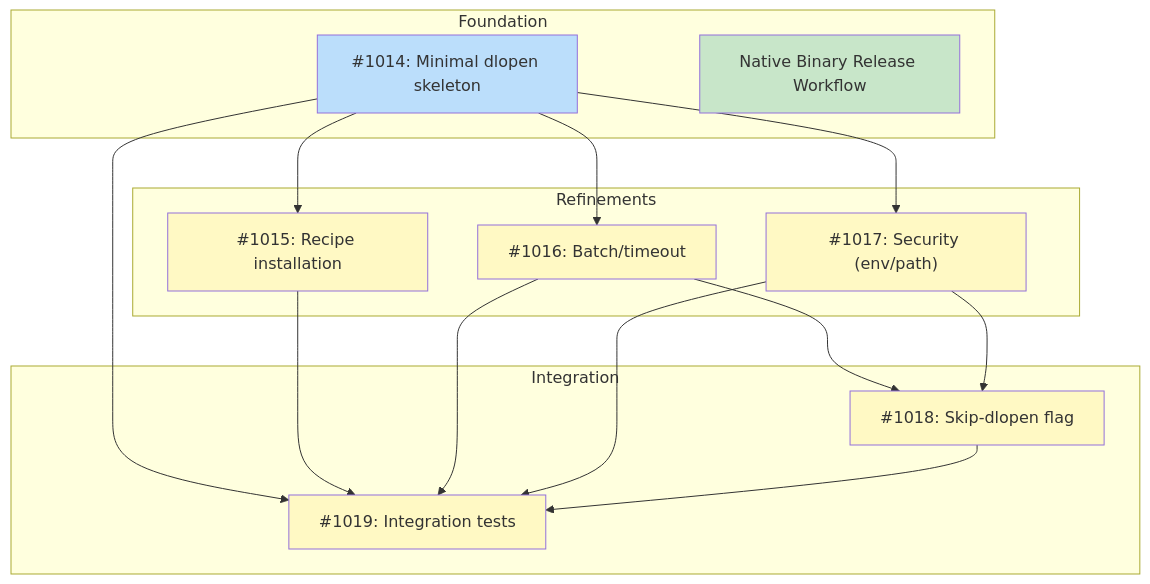
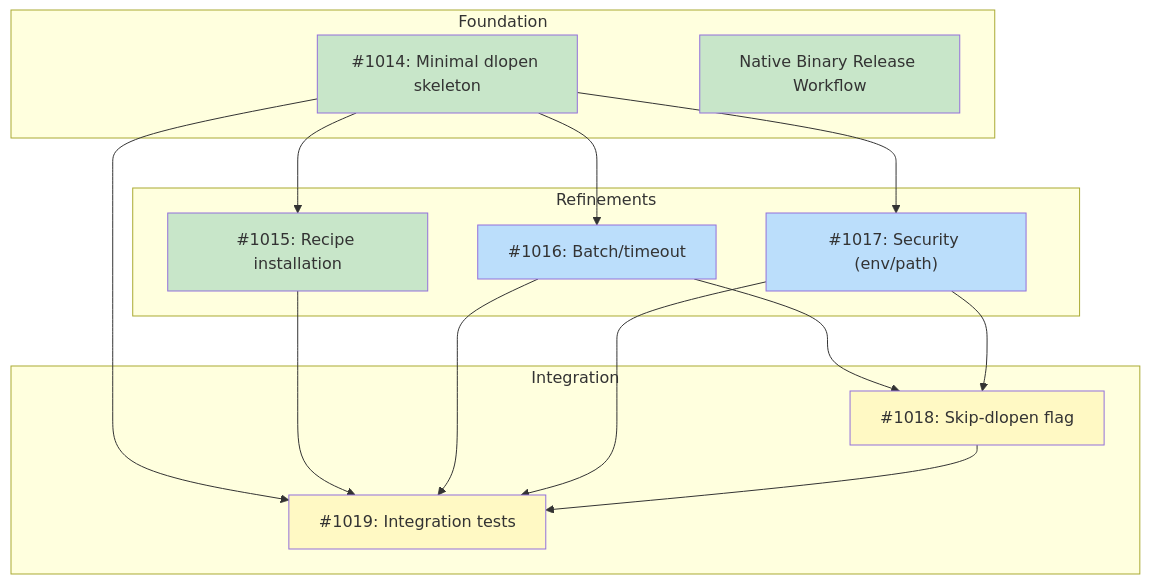
The diagram in docs/designs/DESIGN-library-verify-dlopen.md (tsukumogami/tsuku), drawn with Mermaid before and after one commit.

Commit message:
docs(design): update dlopen design graph for completed issues (#1076)
Update the dependency graph in DESIGN-library-verify-dlopen.md to
reflect current status.

````diff
--- a/docs/designs/DESIGN-library-verify-dlopen.md
+++ b/docs/designs/DESIGN-library-verify-dlopen.md
@@ -28,38 +28,38 @@
 ```mermaid
 graph TD
     subgraph Foundation["Foundation"]
         I1014["#1014: Minimal dlopen skeleton"]
         NBRW["Native Binary Release Workflow"]
     end
 
     subgraph Refinements["Refinements"]
         I1015["#1015: Recipe installation"]
         I1016["#1016: Batch/timeout"]
         I1017["#1017: Security (env/path)"]
     end
 
     subgraph Integration["Integration"]
         I1018["#1018: Skip-dlopen flag"]
         I1019["#1019: Integration tests"]
     end
 
     I1014 --> I1015
     I1014 --> I1016
     I1014 --> I1017
     I1016 --> I1018
     I1017 --> I1018
     I1014 --> I1019
     I1015 --> I1019
     I1016 --> I1019
     I1017 --> I1019
     I1018 --> I1019
 
     classDef done fill:#c8e6c9
     classDef ready fill:#bbdefb
     classDef blocked fill:#fff9c4
     classDef needsDesign fill:#e1bee7
 
-    class I1014 ready
-    class NBRW done
-    class I1015,I1016,I1017,I1018,I1019 blocked
+    class I1014,I1015,NBRW done
+    class I1016,I1017 ready
+    class I1018,I1019 blocked
 ```
````
